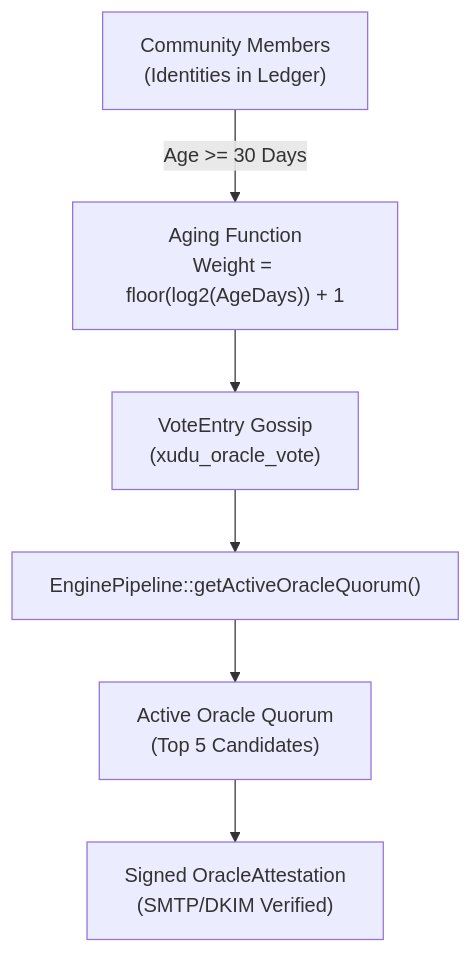
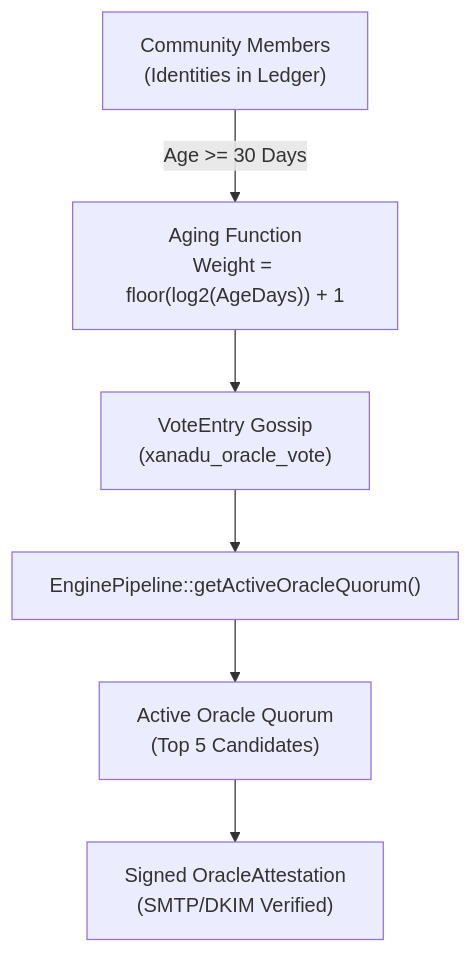
The first of 2 diagrams in design/oracle-identity-model.md (ccs4ever/gleditor), drawn with Mermaid before and after one commit. The commit also changed other lines of this file and 266 other files, not shown here.

````diff
--- a/design/oracle-identity-model.md
+++ b/design/oracle-identity-model.md
@@ -112,15 +112,15 @@
 ```mermaid
 graph TD
     Voters["Community Members<br/>(Identities in Ledger)"]
     Aging["Aging Function<br/>Weight = floor(log2(AgeDays)) + 1"]
-    Votes["VoteEntry Gossip<br/>(xudu_oracle_vote)"]
+    Votes["VoteEntry Gossip<br/>(xanadu_oracle_vote)"]
     Engine["EnginePipeline::getActiveOracleQuorum()"]
     Quorum["Active Oracle Quorum<br/>(Top 5 Candidates)"]
     Attestation["Signed OracleAttestation<br/>(SMTP/DKIM Verified)"]
 
     Voters -->|Age >= 30 Days| Aging
     Aging --> Votes
     Votes --> Engine
     Engine --> Quorum
     Quorum --> Attestation
 ```
````
